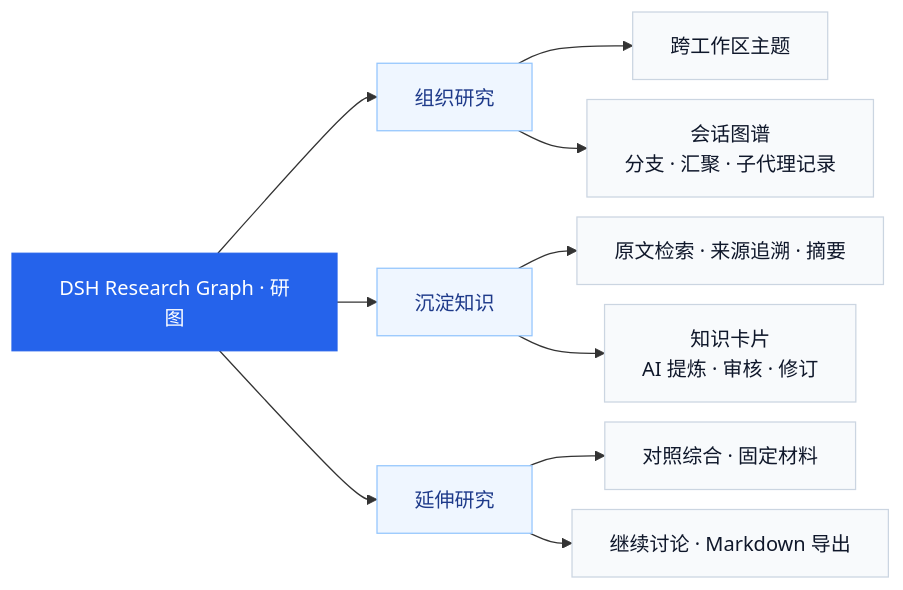
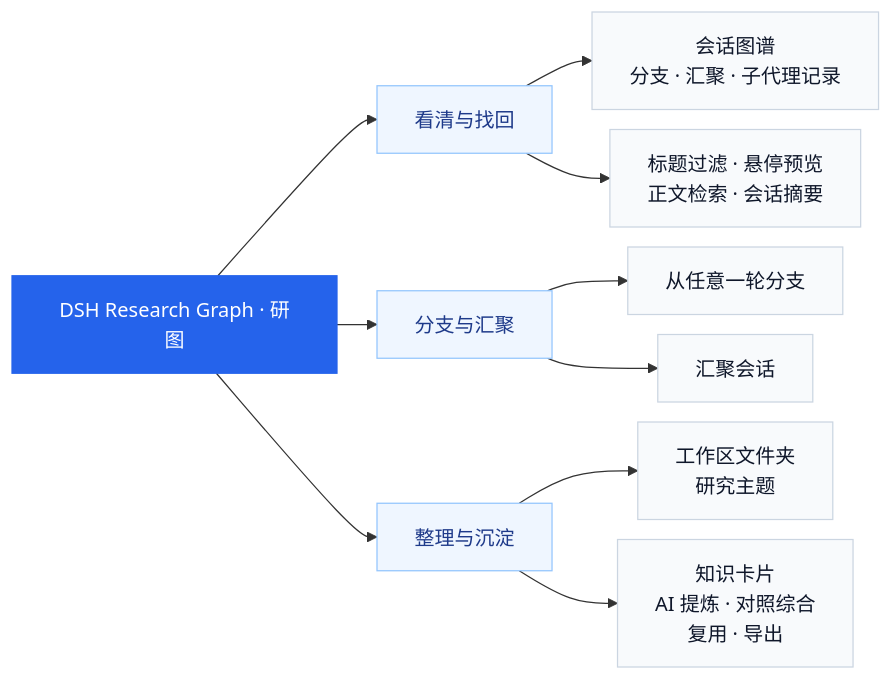
Before and after one commit to benz-ai-x/dsh-research-graph: the diagram in README.zh.md, drawn with Mermaid. The commit also changed other lines of this file and 2 other files, not shown here.

````diff
--- a/README.zh.md
+++ b/README.zh.md
@@ -25,19 +26,19 @@
 ```mermaid
 ---
 config:
   flowchart:
     nodeSpacing: 16
     rankSpacing: 32
 ---
 flowchart LR
-  G["DSH Research Graph · 研图"] --> O["组织研究"] & K["沉淀知识"] & R["延伸研究"]
-  O --> O1["跨工作区主题"] & O2["会话图谱<br/>分支 · 汇聚 · 子代理记录"]
-  K --> K1["原文检索 · 来源追溯 · 摘要"] & K2["知识卡片<br/>AI 提炼 · 审核 · 修订"]
-  R --> R1["对照综合 · 固定材料"] & R2["继续讨论 · Markdown 导出"]
+  G["DSH Research Graph · 研图"] --> S["看清与找回"] & B["分支与汇聚"] & K["整理与沉淀"]
+  S --> S1["会话图谱<br/>分支 · 汇聚 · 子代理记录"] & S2["标题过滤 · 悬停预览<br/>正文检索 · 会话摘要"]
+  B --> B1["从任意一轮分支"] & B2["汇聚会话"]
+  K --> K1["工作区文件夹<br/>研究主题"] & K2["知识卡片<br/>AI 提炼 · 对照综合<br/>复用 · 导出"]
   classDef brand fill:#2563eb,stroke:#2563eb,color:#fff
   classDef group fill:#eff6ff,stroke:#93c5fd,color:#1e3a8a
   classDef feature fill:#f8fafc,stroke:#cbd5e1,color:#0f172a
   class G brand
-  class O,K,R group
-  class O1,O2,K1,K2,R1,R2 feature
+  class S,B,K group
+  class S1,S2,B1,B2,K1,K2 feature
 ```
````
